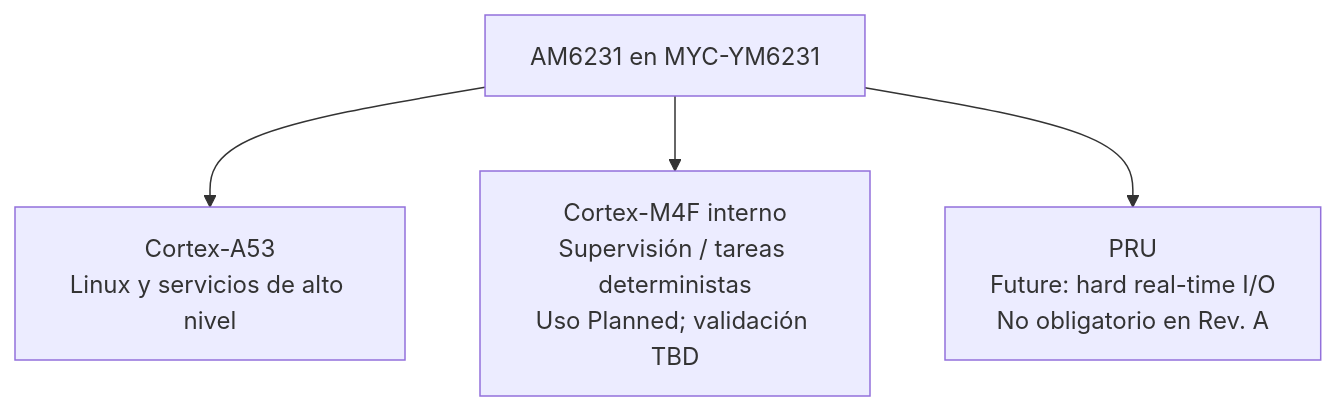
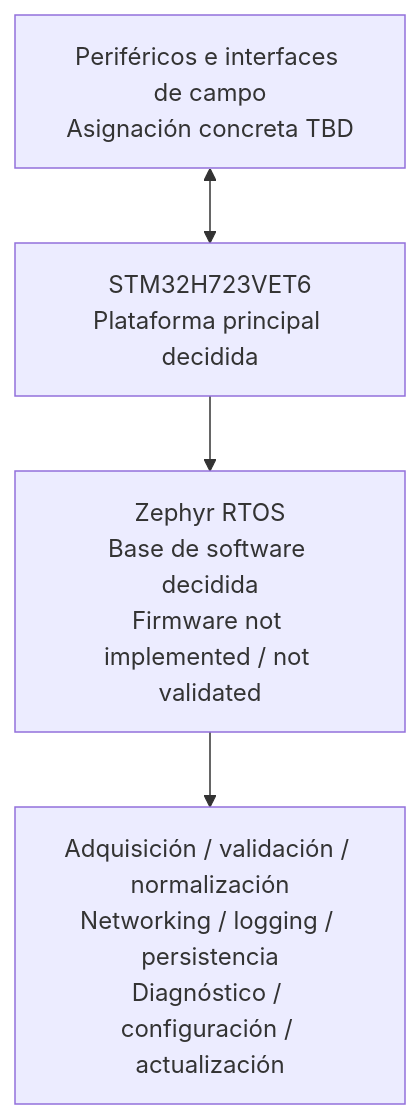
One commit to anhenaobe/industrial-comunication-gateway changed the second of 3 diagrams in docs/industrial_linux_gateway_requirements.md. Above: the diagram before and after it, drawn with Mermaid. The commit also changed other lines of this file and 7 other files, not shown here.

Commit message:
docs: align Rev A with STM32H723 and Zephyr

````diff
--- a/docs/industrial_linux_gateway_requirements.md
+++ b/docs/industrial_linux_gateway_requirements.md
@@ -228,11 +234,11 @@
 ```mermaid
 flowchart TB
-    AM["AM6231 en MYC-YM6231"]
-    A53["Cortex-A53<br/>Linux y servicios de alto nivel"]
-    M4["Cortex-M4F interno<br/>Supervisión / tareas deterministas<br/>Uso Planned; validación TBD"]
-    PRU["PRU<br/>Future: hard real-time I/O<br/>No obligatorio en Rev. A"]
+    FIELD["Periféricos e interfaces de campo<br/>Asignación concreta TBD"]
+    MCU["STM32H723VET6<br/>Plataforma principal decidida"]
+    ZEPHYR["Zephyr RTOS<br/>Base de software decidida<br/>Firmware not implemented / not validated"]
+    SERVICES["Adquisición / validación / normalización<br/>Networking / logging / persistencia<br/>Diagnóstico / configuración / actualización"]
 
-    AM --> A53
-    AM --> M4
-    AM --> PRU
+    FIELD <--> MCU
+    MCU --> ZEPHYR
+    ZEPHYR --> SERVICES
 ```
````
